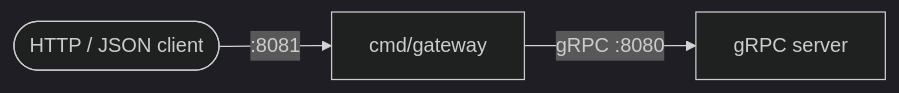
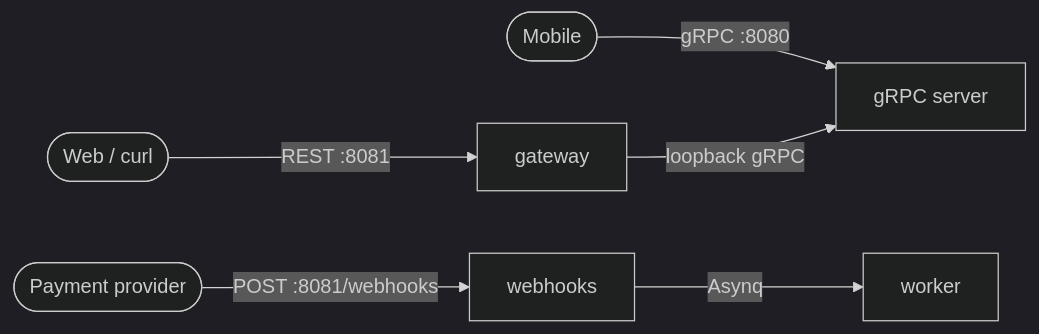
One commit to isyll/go-api-starter changed the diagram in docs/gateway.md. Above: the diagram before and after it, drawn with Mermaid (dark theme). The commit also changed other lines of this file and 5 other files, not shown here.

Commit message:
document the http surface and drop opt-in gateway

````diff
--- a/docs/gateway.md
+++ b/docs/gateway.md
@@ -9,5 +14,8 @@
 ```mermaid
 flowchart LR
-    HC(["HTTP / JSON client"]) -->|":8081"| GW["cmd/gateway"]
-    GW -->|"gRPC :8080"| S["gRPC server"]
+    M(["Mobile"]) -->|"gRPC :8080"| S["gRPC server"]
+    W(["Web / curl"]) -->|"REST :8081"| GW["gateway"]
+    P(["Payment provider"]) -->|"POST :8081/webhooks"| WH["webhooks"]
+    GW -->|"loopback gRPC"| S
+    WH -->|"Asynq"| Q["worker"]
 ```
````
